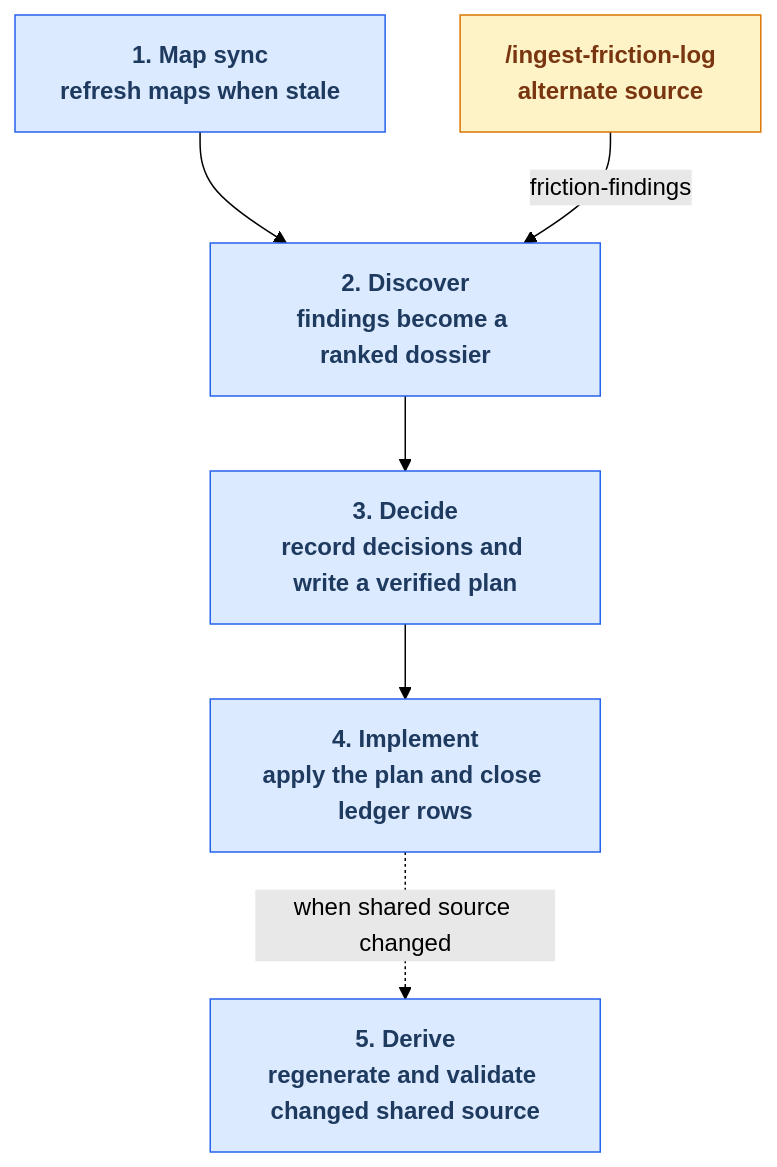
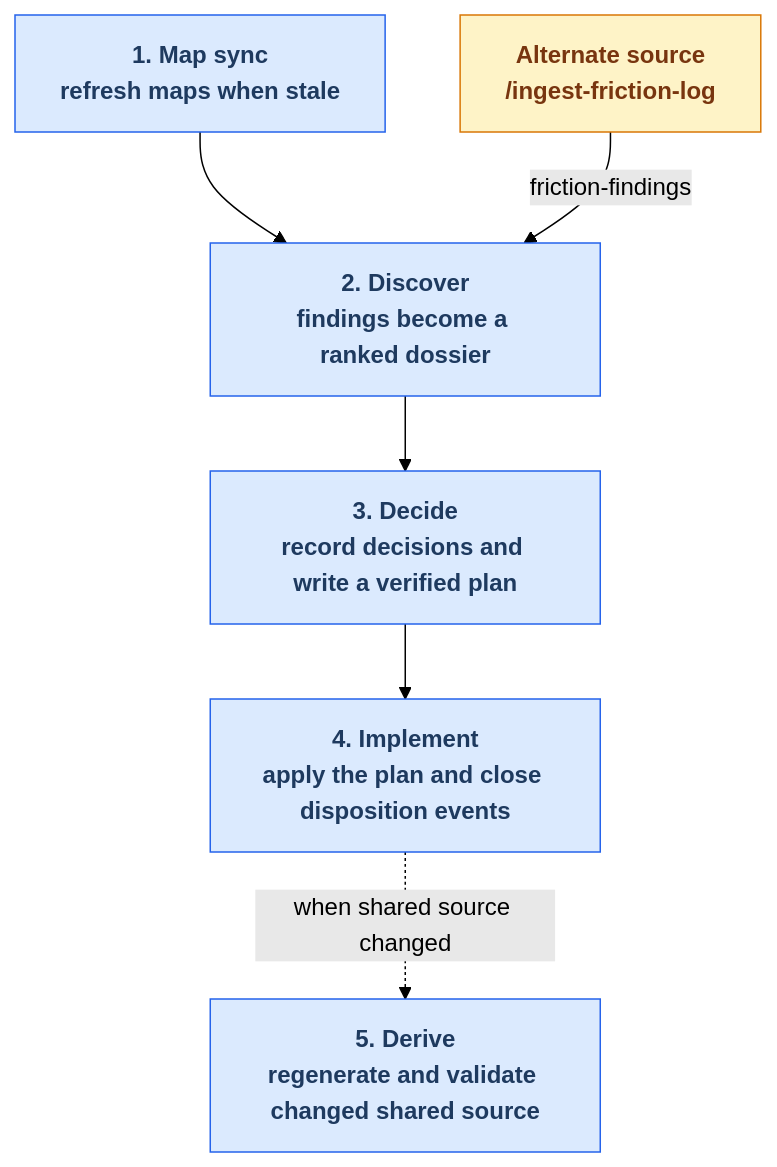
One commit to russell-laing/al-dev-shared changed the diagram in docs/maintainer-tooling.md. Above: the diagram before and after it, drawn with Mermaid (forest theme). The commit also changed other lines of this file and 7 other files, not shown here.

````diff
--- a/docs/maintainer-tooling.md
+++ b/docs/maintainer-tooling.md
@@ -47,21 +47,21 @@
 ```mermaid
 flowchart TD
     classDef stage fill:#dbeafe,stroke:#2563eb,color:#1e3a5f,font-weight:bold
     classDef alternate fill:#fef3c7,stroke:#d97706,color:#78350f,font-weight:bold
 
     stage_map_sync["1. Map sync<br/>refresh maps when stale"]
     stage_discover["2. Discover<br/>findings become a ranked dossier"]
     stage_decide["3. Decide<br/>record decisions and write a verified plan"]
-    stage_implement["4. Implement<br/>apply the plan and close ledger rows"]
+    stage_implement["4. Implement<br/>apply the plan and close disposition events"]
     stage_derive["5. Derive<br/>regenerate and validate changed shared source"]
-    entry_friction["/ingest-friction-log<br/>alternate source"]
+    entry_friction["Alternate source<br/>/ingest-friction-log"]
 
     stage_map_sync --> stage_discover
     entry_friction -- "friction-findings" --> stage_discover
     stage_discover --> stage_decide
     stage_decide --> stage_implement
     stage_implement -. "when shared source changed" .-> stage_derive
 
     class stage_map_sync,stage_discover,stage_decide,stage_implement,stage_derive stage
     class entry_friction alternate
 ```
````
